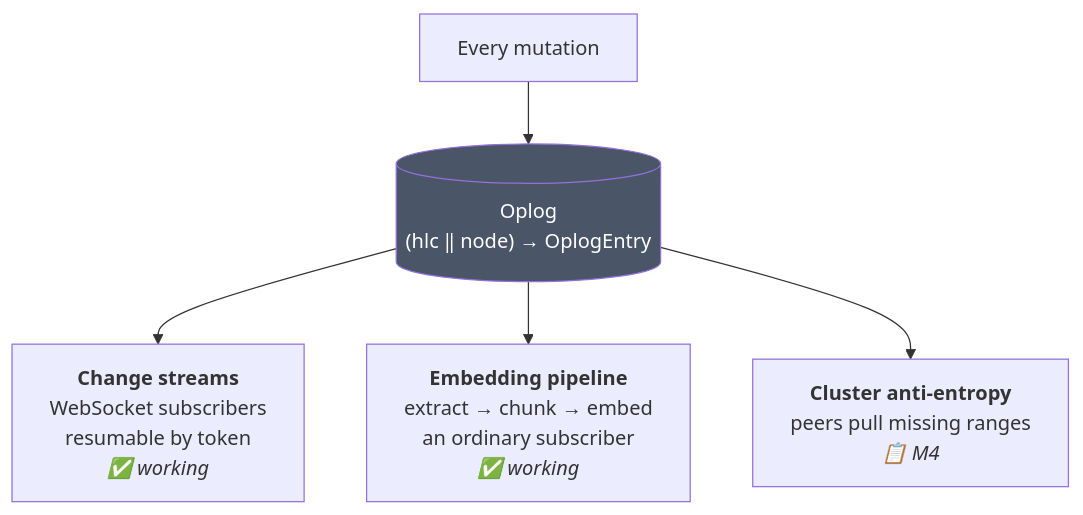
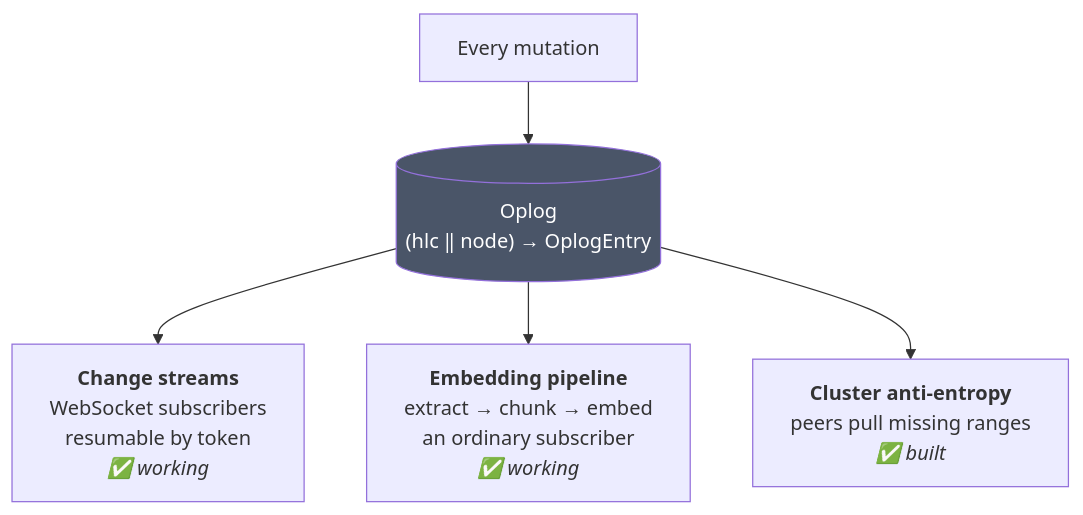
One commit to titusai-io/kimmydb changed the first of 2 diagrams in docs/oplog.md. Above: the diagram before and after it, drawn with Mermaid. The commit also changed other lines of this file and 23 other files, not shown here.

````diff
--- a/docs/oplog.md
+++ b/docs/oplog.md
@@ -31,10 +31,10 @@
 ```mermaid
 graph TB
     W["Every mutation"] --> O[("Oplog<br/>(hlc ‖ node) → OplogEntry")]
 
     O --> C1["<b>Change streams</b><br/>WebSocket subscribers<br/>resumable by token<br/><i>✅ working</i>"]
     O --> C2["<b>Embedding pipeline</b><br/>extract → chunk → embed<br/>an ordinary subscriber<br/><i>✅ working</i>"]
-    O --> C3["<b>Cluster anti-entropy</b><br/>peers pull missing ranges<br/><i>📋 M4</i>"]
+    O --> C3["<b>Cluster anti-entropy</b><br/>peers pull missing ranges<br/><i>✅ built</i>"]
 
     style O fill:#4a5568,color:#fff
 ```
````
